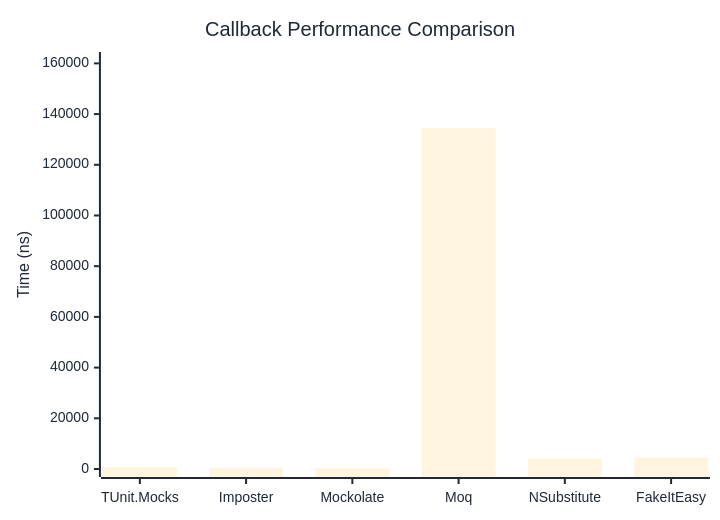
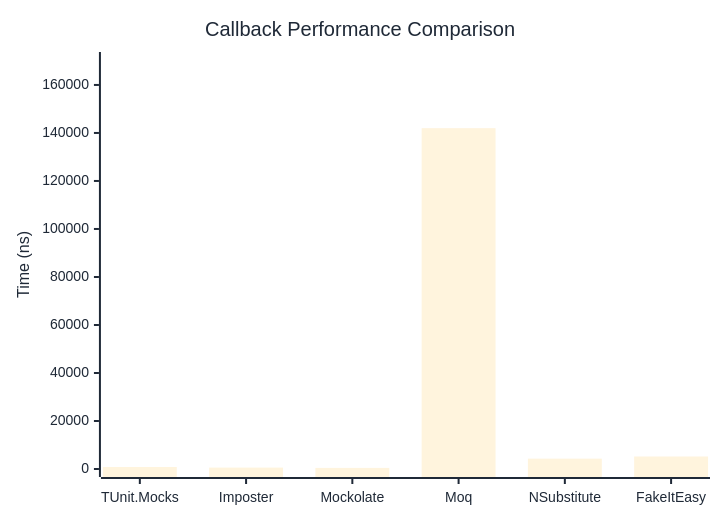
Before and after one commit to thomhurst/TUnit: the first of 2 diagrams in docs/docs/benchmarks/mocks/Callback.md, drawn with Mermaid. The commit also changed other lines of this file and 14 other files, not shown here.

````diff
--- a/docs/docs/benchmarks/mocks/Callback.md
+++ b/docs/docs/benchmarks/mocks/Callback.md
@@ -28,27 +28,27 @@
 ```mermaid
 %%{init: {
   'theme':'base',
   'themeVariables': {
     'primaryColor': '#2563eb',
     'primaryTextColor': '#1f2937',
     'primaryBorderColor': '#1e40af',
     'lineColor': '#6b7280',
     'secondaryColor': '#7c3aed',
     'tertiaryColor': '#dc2626',
     'background': '#ffffff',
     'pie1': '#2563eb',
     'pie2': '#7c3aed',
     'pie3': '#dc2626',
     'pie4': '#f59e0b',
     'pie5': '#10b981',
     'pie6': '#06b6d4',
     'pie7': '#ec4899',
     'pie8': '#6366f1'
   }
 }}%%
 xychart-beta
   title "Callback Performance Comparison"
   x-axis ["TUnit.Mocks", "Imposter", "Mockolate", "Moq", "NSubstitute", "FakeItEasy"]
-  y-axis "Time (ns)" 0 --> 161332
-  bar [641.6, 473.3, 345.9, 134443.3, 4139, 4535.8]
+  y-axis "Time (ns)" 0 --> 170394
+  bar [832.4, 587.1, 455.5, 141994.4, 4313.2, 5209.3]
 ```
````
